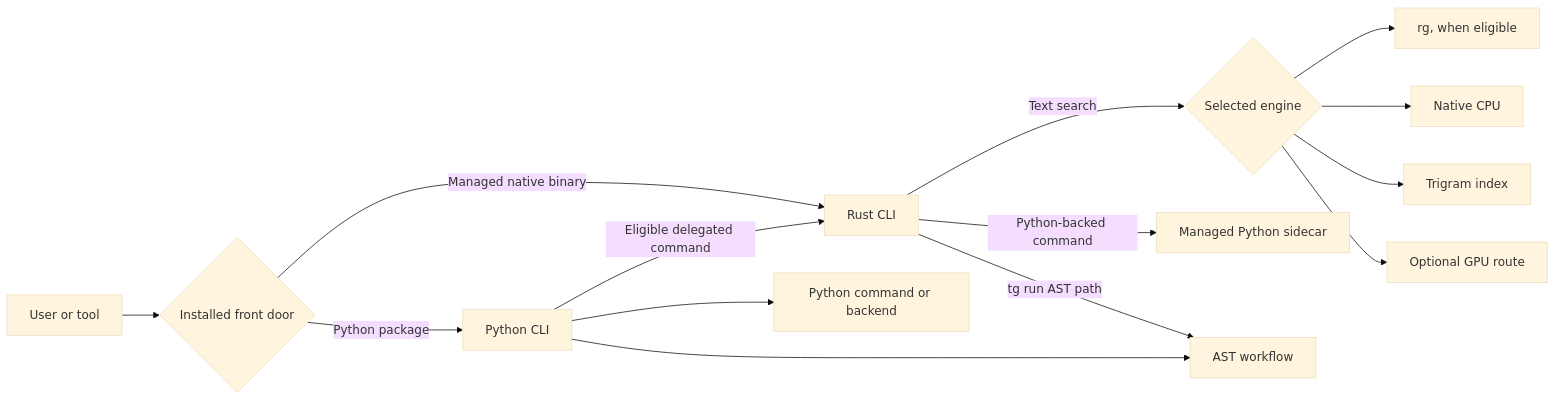
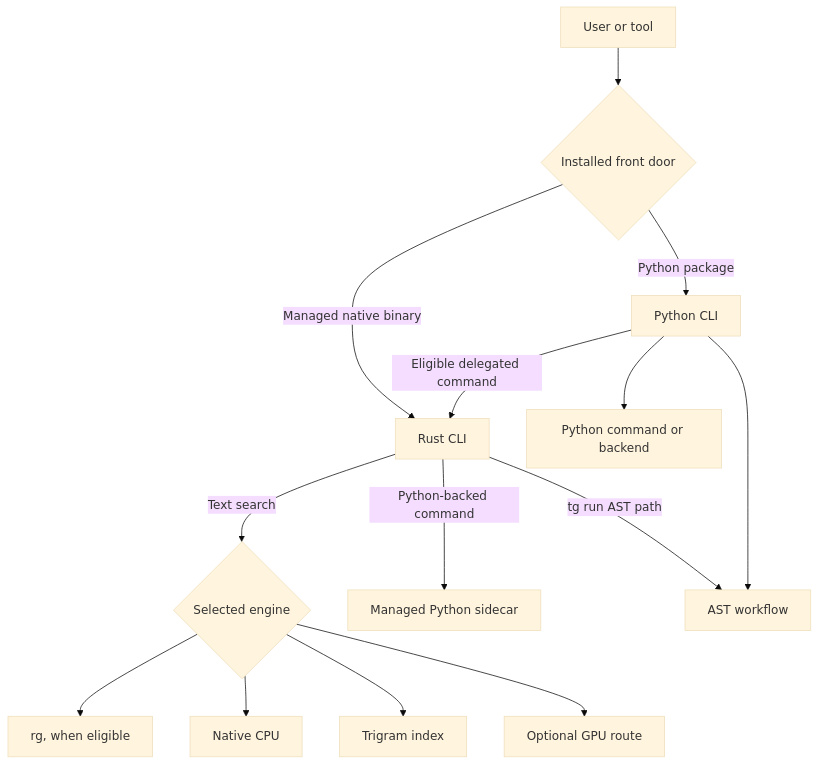
The diagram in docs/architecture.md (oimiragieo/tensor-grep), drawn with Mermaid (base theme) before and after one commit. The commit also changed 1 other file, not shown here.

Commit message:
docs: improve terminology and architecture diagram readability

````diff
--- a/docs/architecture.md
+++ b/docs/architecture.md
@@ -7,16 +7,16 @@
 ```mermaid
-flowchart LR
+flowchart TD
   U[User or tool] --> F{Installed front door}
   F -->|Managed native binary| R[Rust CLI]
   F -->|Python package| P[Python CLI]
   P -->|Eligible delegated command| R
   R -->|Text search| S{Selected engine}
   S --> RG[rg, when eligible]
   S --> CPU[Native CPU]
   S --> IDX[Trigram index]
   S --> GPU[Optional GPU route]
   R -->|Python-backed command| SIDE[Managed Python sidecar]
   R -->|tg run AST path| AST[AST workflow]
   P --> AST
   P --> OTHER[Python command or backend]
 ```
````
